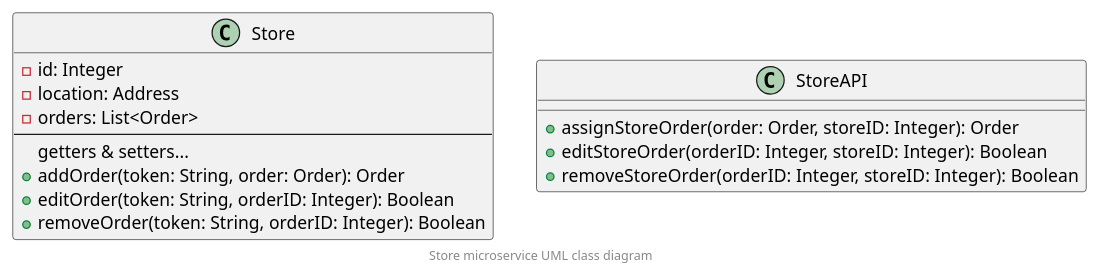
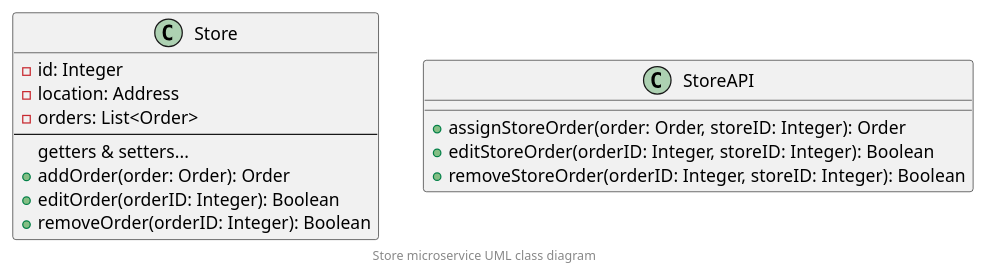
One commit to GloryFight3r/SEM-Group07b changed the diagram in docs/microservice_store.puml. Above: the diagram before and after it, drawn with PlantUML.

Commit message:
Remove unnecessary token argument

```diff
--- a/docs/microservice_store.puml
+++ b/docs/microservice_store.puml
@@ -1,21 +1,21 @@
 @startuml
 class Store {
     - id: Integer
     - location: Address
     - orders: List<Order>
     --
     getters & setters...
-    + addOrder(token: String, order: Order): Order
-    + editOrder(token: String, orderID: Integer): Boolean
-    + removeOrder(token: String, orderID: Integer): Boolean
+    + addOrder(order: Order): Order
+    + editOrder(orderID: Integer): Boolean
+    + removeOrder(orderID: Integer): Boolean
 }
 
 class StoreAPI {
     + assignStoreOrder(order: Order, storeID: Integer): Order
     + editStoreOrder(orderID: Integer, storeID: Integer): Boolean
     + removeStoreOrder(orderID: Integer, storeID: Integer): Boolean
 }
 
 footer Store microservice UML class diagram
 
 @enduml
```
